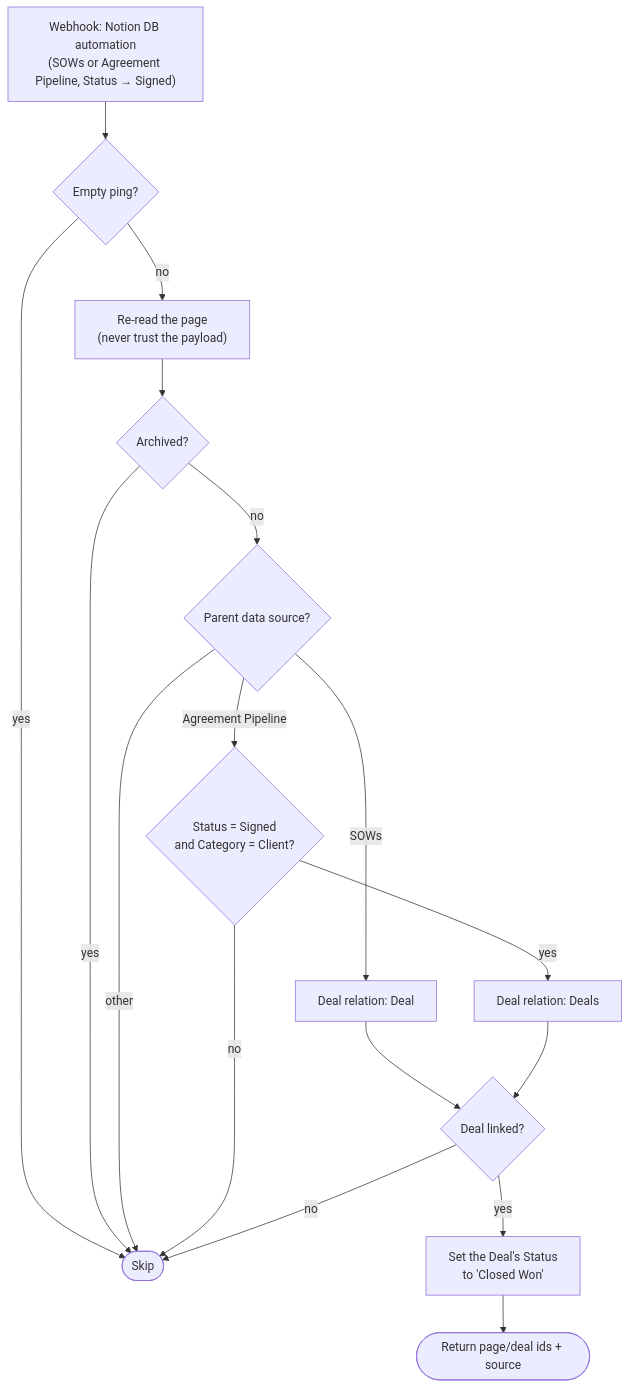
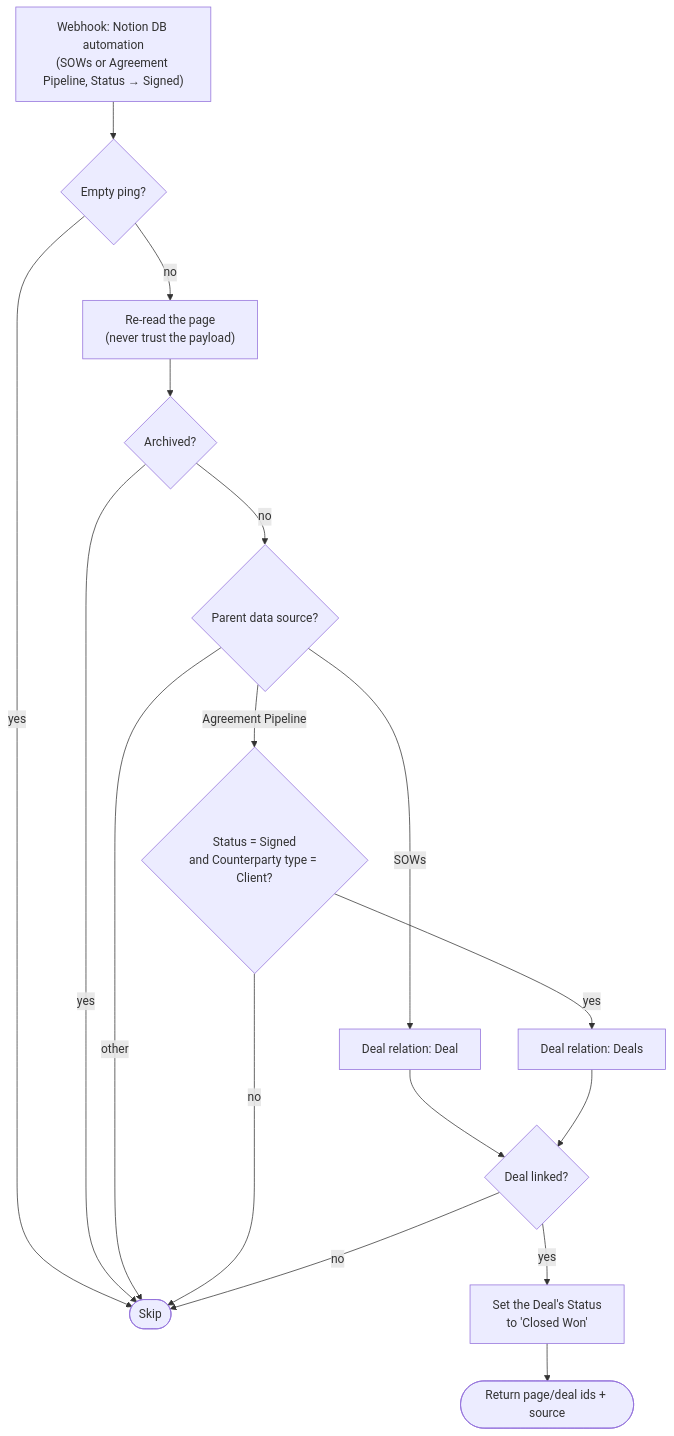
One commit to work-flowers/zapier-sdk changed the diagram in sow-signed-to-deal-won/README.md. Above: the diagram before and after it, drawn with Mermaid. The commit also changed other lines of this file and 5 other files, not shown here.

First line of the commit message:
TKT-1089: read Counterparty type, not Category, on pipeline rows (#338)

````diff
--- a/sow-signed-to-deal-won/README.md
+++ b/sow-signed-to-deal-won/README.md
@@ -41,19 +41,19 @@
 ```mermaid
 flowchart TD
     A["Webhook: Notion DB automation<br/>(SOWs or Agreement Pipeline, Status → Signed)"] --> B{"Empty ping?"}
     B -- yes --> S(["Skip"])
     B -- no --> C["Re-read the page<br/>(never trust the payload)"]
     C --> D{"Archived?"}
     D -- yes --> S
     D -- no --> SRC{"Parent data source?"}
     SRC -- "other" --> S
     SRC -- "SOWs" --> R1["Deal relation: Deal"]
-    SRC -- "Agreement Pipeline" --> G{"Status = Signed<br/>and Category = Client?"}
+    SRC -- "Agreement Pipeline" --> G{"Status = Signed<br/>and Counterparty type = Client?"}
     G -- no --> S
     G -- yes --> R2["Deal relation: Deals"]
     R1 --> H{"Deal linked?"}
     R2 --> H
     H -- no --> S
     H -- yes --> E["Set the Deal's Status<br/>to 'Closed Won'"]
     E --> F(["Return page/deal ids + source"])
 ```
````
